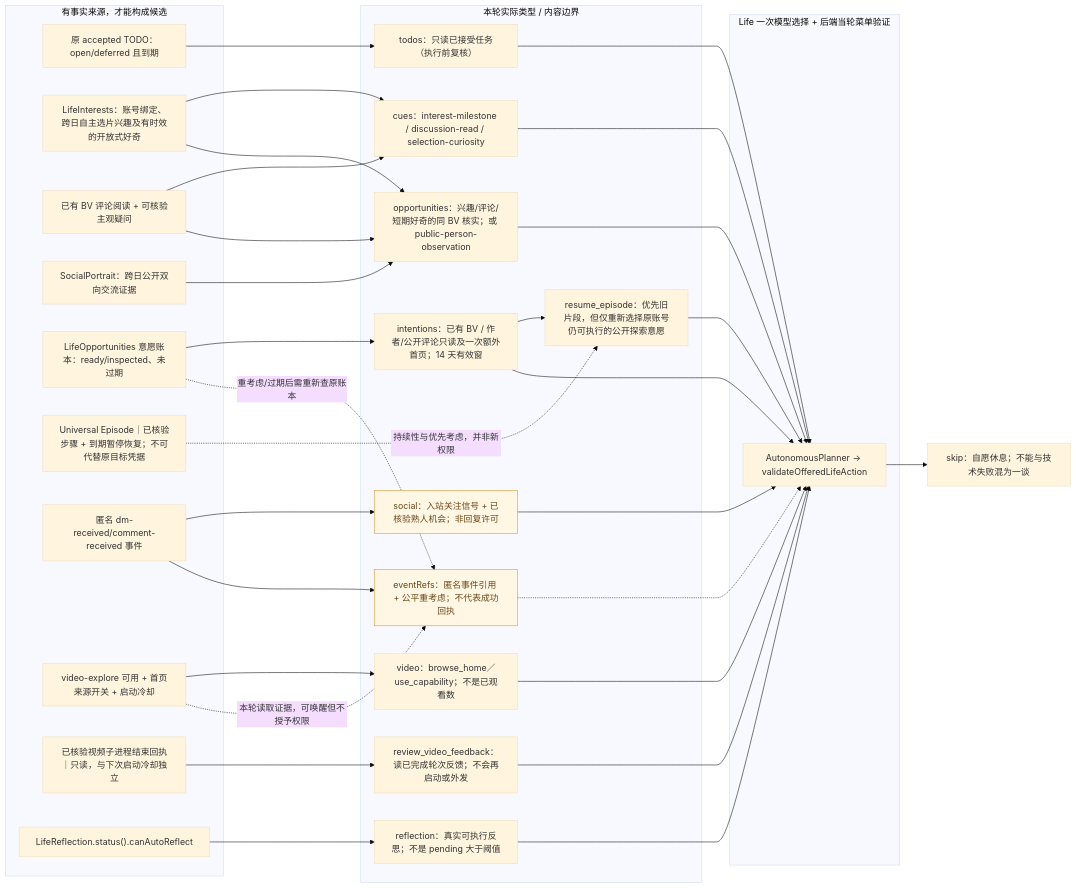
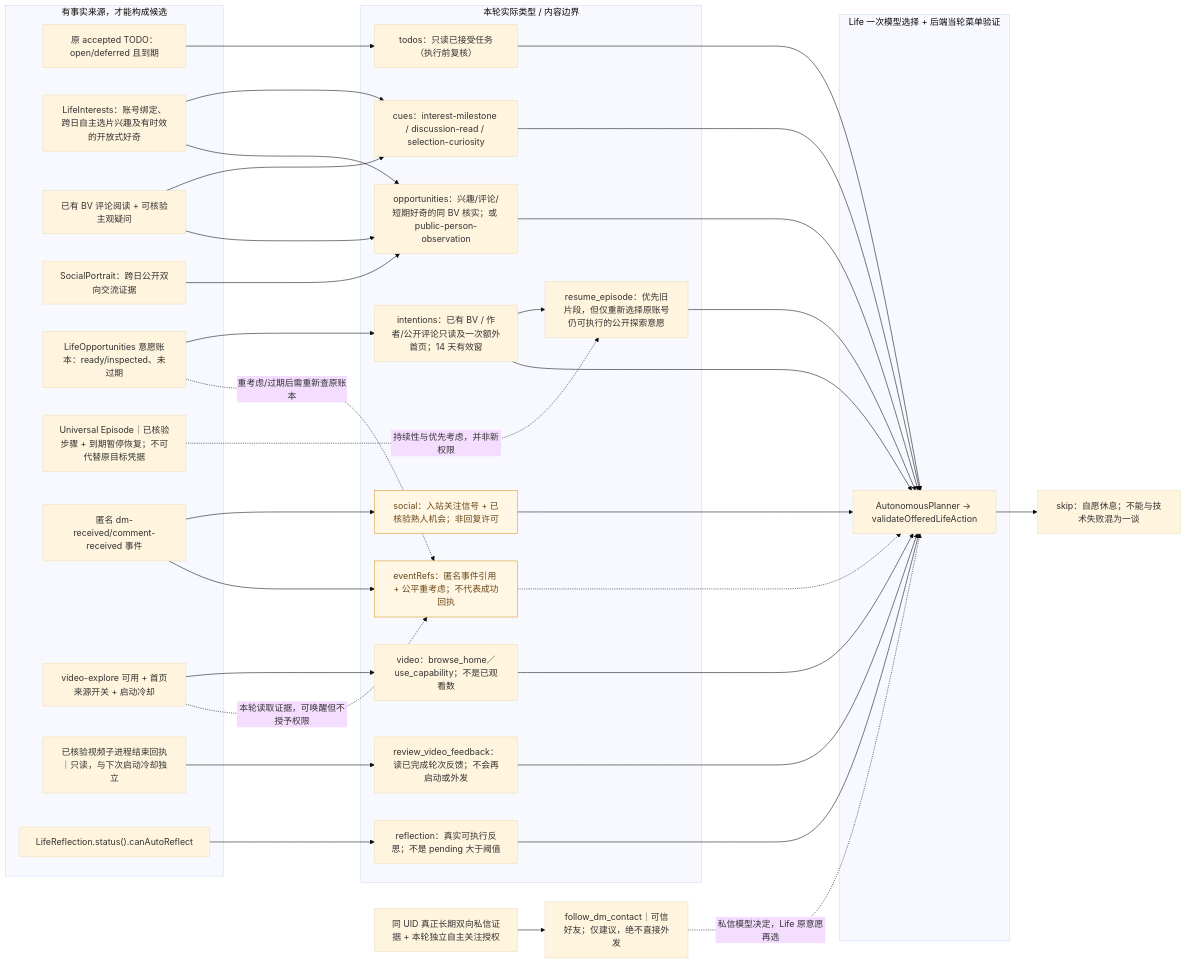
Before and after one commit to minedalang/dsh-dafeiyu-life: the diagram in docs/architecture/diagrams/life-candidates-current.mmd, drawn with Mermaid (base theme). The commit also changed 25 other files, not shown here.

Commit message:
feat(life): dev38 life系统下子Agent可以在自己的决策过程中提出后续行为，而不是只能等待Life顶层替它选择。

```diff
--- a/docs/architecture/diagrams/life-candidates-current.mmd
+++ b/docs/architecture/diagrams/life-candidates-current.mmd
@@ -1,81 +1,89 @@
 %% 生活候选细目字典：这是当前项目的真实 schema 类型/选择约束，不是泛化的 AI 心理推演。
 flowchart LR
   subgraph inputs["有事实来源，才能构成候选"]
     sourceTodo["原 accepted TODO：open/deferred 且到期"]
     sourceInterest["LifeInterests：账号绑定、跨日自主选片兴趣及有时效的开放式好奇"]
     sourceDiscussion["已有 BV 评论阅读 + 可核验主观疑问"]
     sourcePerson["SocialPortrait：跨日公开双向交流证据"]
     sourceLife["LifeOpportunities 意愿账本：ready/inspected、未过期"]
     episodeState["Universal Episode｜已核验步骤 + 到期暂停恢复；不可代替原目标凭据"]
     sourceSocial["匿名 dm-received/comment-received 事件"]
     sourceVideo["video-explore 可用 + 首页来源开关 + 启动冷却"]
     sourceVideoFeedback["已核验视频子进程结束回执｜只读，与下次启动冷却独立"]
     sourceReflect["LifeReflection.status().canAutoReflect"]
   end
   subgraph candidates["本轮实际类型 / 内容边界"]
     todos["todos：只读已接受任务（执行前复核）"]
     cues["cues：interest-milestone / discussion-read / selection-curiosity"]
     opportunities["opportunities：兴趣/评论/短期好奇的同 BV 核实；或 public-person-observation"]
     intentions["intentions：已有 BV / 作者/公开评论只读及一次额外首页；14 天有效窗"]
     resume["resume_episode：优先旧片段，但仅重新选择原账号仍可执行的公开探索意愿"]
     social["social：入站关注信号 + 已核验熟人机会；非回复许可"]
     video["video：browse_home／use_capability；不是已观看数"]
     reviewFeedback["review_video_feedback：读已完成轮次反馈；不会再启动或外发"]
     reflection["reflection：真实可执行反思；不是 pending 大于阈值"]
     eventRefs["eventRefs：匿名事件引用 + 公平重考虑；不代表成功回执"]
   end
   sourceTodo --> todos
   sourceInterest --> cues
   sourceDiscussion --> cues
   sourceInterest --> opportunities
   sourceDiscussion --> opportunities
   sourcePerson --> opportunities
   sourceLife --> intentions
   episodeState -.->|持续性与优先考虑，并非新权限| resume
   intentions --> resume
   sourceSocial --> social
   sourceVideo --> video
   sourceVideoFeedback --> reviewFeedback
   sourceReflect --> reflection
   sourceSocial --> eventRefs
   sourceVideo -.->|本轮读取证据，可唤醒但不授予权限| eventRefs
   sourceLife -.->|重考虑/过期后需重新查原账本| eventRefs
   subgraph choice["Life 一次模型选择 + 后端当轮菜单验证"]
     planner["AutonomousPlanner → validateOfferedLifeAction"]
   end
   todos --> planner
   cues --> planner
   opportunities --> planner
   intentions --> planner
   resume --> planner
   social --> planner
   video --> planner
   reviewFeedback --> planner
   reflection --> planner
   eventRefs -.-> planner
   rest["skip：自愿休息；不能与技术失败混为一谈"]
   planner --> rest
   classDef partial fill:#fff7e4,stroke:#d99727,color:#6b4717
   class social,eventRefs partial
 
 %% @code todos | lib/owner-todos.mjs | export const READ_TODO_TYPES
 %% @code cues | lib/life-opportunities.mjs | const explorationCues=
 %% @code opportunities | lib/life-opportunities.mjs | export function deriveDiscussionOpportunities
 %% @code intentions | lib/life-opportunities.mjs | const intentions=
 %% @code social | lib/life-agent-events.mjs | const TYPES=new Set
 %% @code video | lib/autonomous-planner.mjs | if(homeEnabled&&lifeSkills.some
 %% @code reflection | lib/life-reflection.mjs | canAutoReflect
 %% @code eventRefs | lib/life-agent-events.mjs | export const lifeEventDebugRef
 %% @code planner | lib/autonomous-planner.mjs | export function validateOfferedLifeAction
 
 %% dev.33 maintenance: selection-curiosity from account-tagged verified selected BV only;
 %% no free-form title search, no automatic outbound approval.
 
 %% dev.35: Episode 的写入不是默认终点；需实际只读或主动休息 + 冷却后才能再写，仍无新权限。
 
 %% @code episodeState | lib/life-universal-episodes.mjs | const view=e=>
 %% @code resume | lib/autonomous-planner.mjs | action:'resume_episode'
 
 %% @code resume | lib/life-episode-entrypoints.mjs | export function prioritizeLifeContinuationCandidates
 
 %% @code reviewFeedback | lib/autonomous-planner.mjs | action:'review_video_feedback'
+
+%% dev.38：以下私信跟进动作由私信 Agent 自主提议，不能在顶层直接凭 UID 触发。
+dmHistory["同 UID 真正长期双向私信证据 + 本轮独立自主关注授权"]
+dmFollowCandidate["follow_dm_contact｜可信好友；仅建议，绝不直接外发"]
+dmHistory --> dmFollowCandidate
+dmFollowCandidate -.->|私信模型决定，Life 原意愿再选| planner
+%% @code dmHistory | lib/life-subagent-continuity.mjs | export function dmContactFollowCandidates
+%% @code dmFollowCandidate | lib/life-subagent-continuity.mjs | action:'follow_dm_contact'
```
